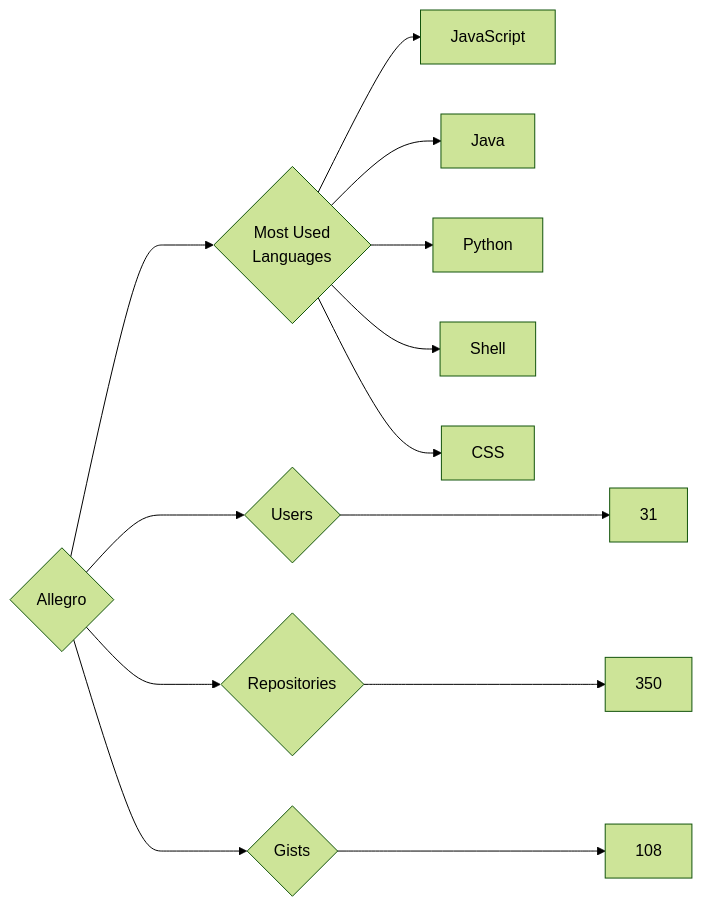
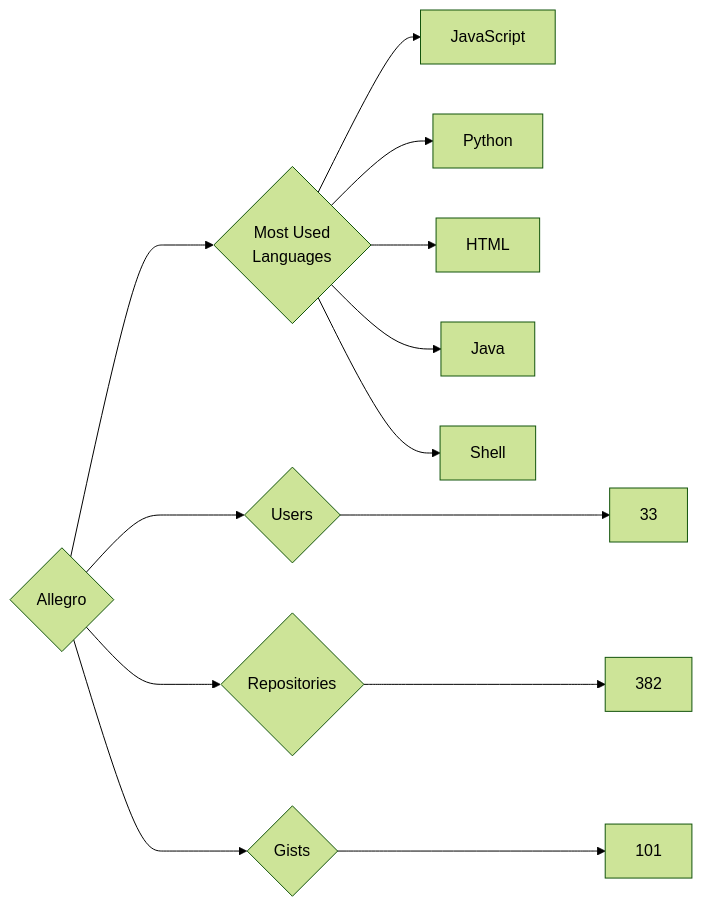
One commit to trickest/insiders changed the diagram in targets/Allegro/README.md. Above: the diagram before and after it, drawn with Mermaid (forest theme). The commit also changed 736 other files, not shown here.

````diff
--- a/targets/Allegro/README.md
+++ b/targets/Allegro/README.md
@@ -3,13 +3,13 @@
 ```mermaid
 graph LR
 COMPANY_NAME{Allegro}
-COMPANY_NAME ---> U{Users} ---> UN[31]
-COMPANY_NAME ---> R{Repositories} ---> RN[350]
-COMPANY_NAME ---> G{Gists} ---> GN[108]
+COMPANY_NAME ---> U{Users} ---> UN[33]
+COMPANY_NAME ---> R{Repositories} ---> RN[382]
+COMPANY_NAME ---> G{Gists} ---> GN[101]
 COMPANY_NAME ---> ML{Most Used<br>Languages}
 ML --> JavaScript[JavaScript]
+ML --> Python[Python]
+ML --> HTML[HTML]
 ML --> Java[Java]
-ML --> Python[Python]
 ML --> Shell[Shell]
-ML --> CSS[CSS]
 ```
````
